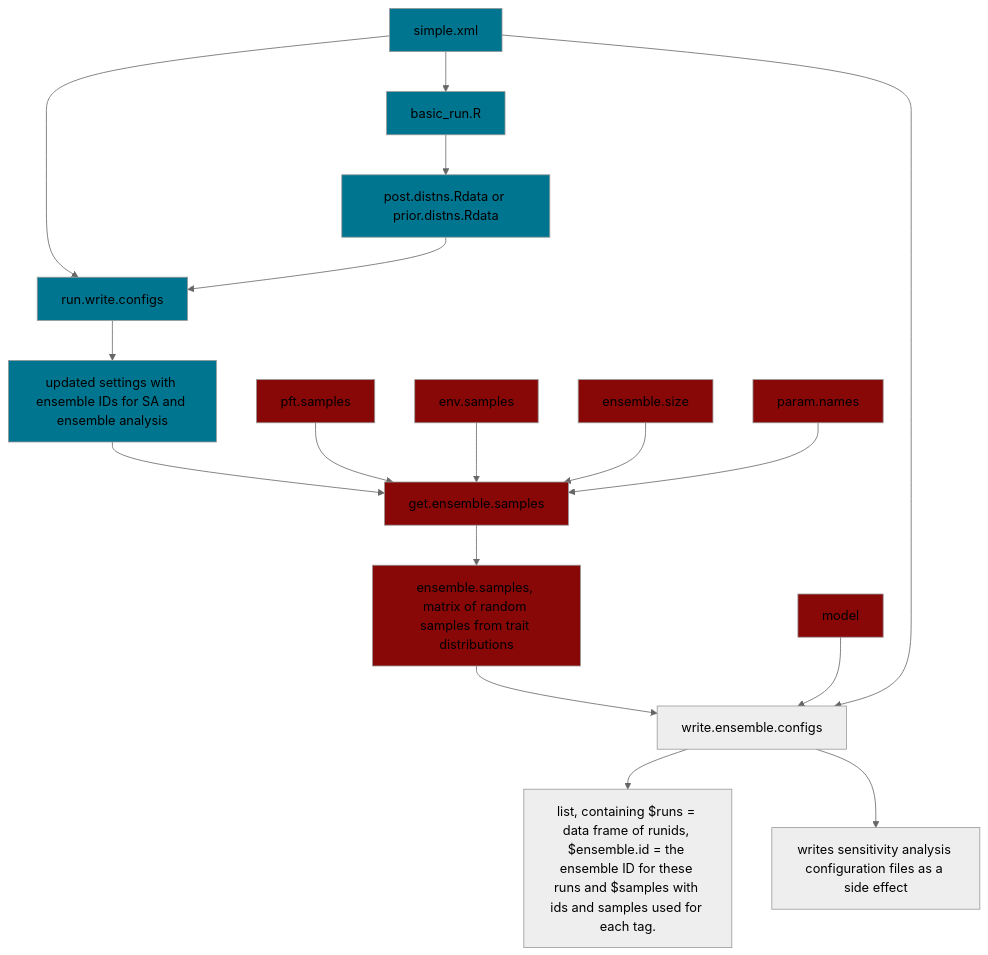
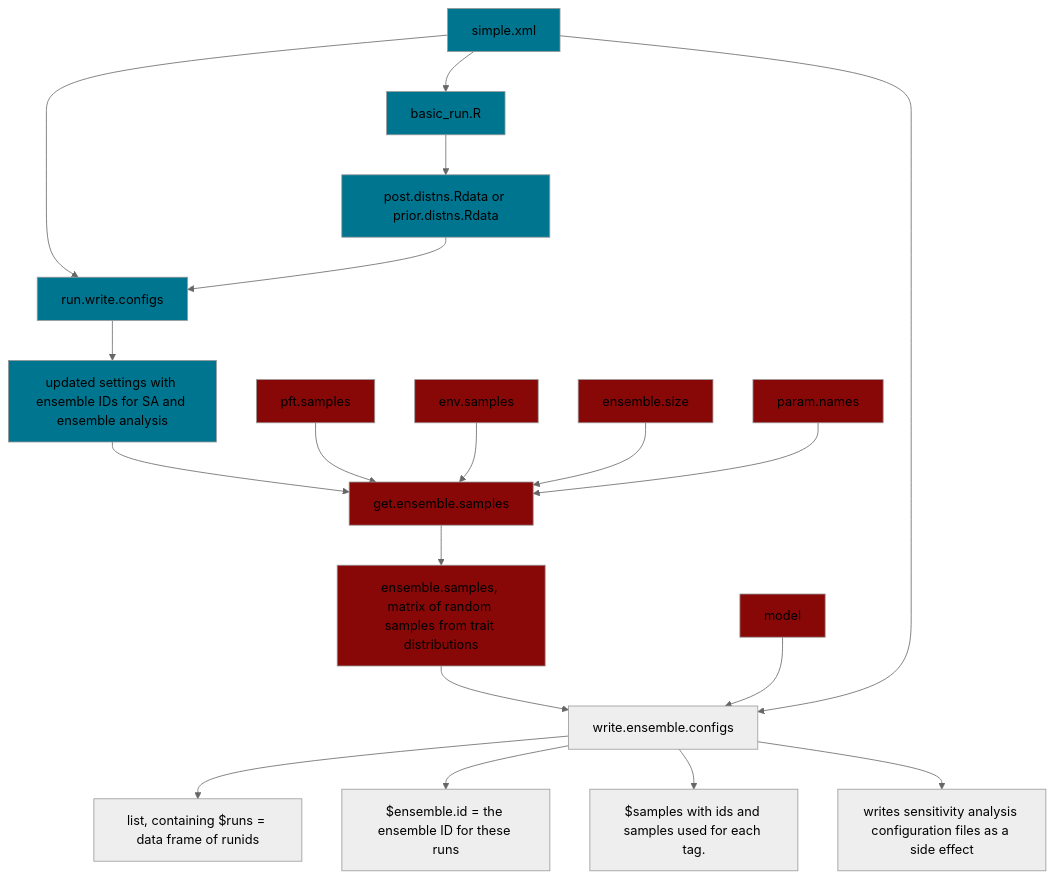
The diagram in README.md (ecamo19/gsoc_project_2022_vm), drawn with Mermaid (neutral theme) before and after one commit.

````diff
--- a/README.md
+++ b/README.md
@@ -49,38 +49,40 @@
 ```mermaid
   graph TD;
       simple.xml-->run.write.configs;
       simple.xml-->basic_run.R;
       basic_run.R-->posterior.files[post.distns.Rdata or prior.distns.Rdata];
       posterior.files[post.distns.Rdata or prior.distns.Rdata]-->run.write.configs;
       run.write.configs-->output_1[updated settings with ensemble IDs for SA and ensemble analysis ];
       output_1[updated settings with ensemble IDs for SA and ensemble analysis]-->get.ensemble.samples;
       input_get_ensemble_1[pft.samples]-->get.ensemble.samples;
       input_get_ensemble_2[env.samples]-->get.ensemble.samples;
       input_get_ensemble_3[ensemble.size]-->get.ensemble.samples;
       input_get_ensemble_4[param.names]-->get.ensemble.samples;
       get.ensemble.samples--> output_get_ensemble[ensemble.samples, matrix of random samples from trait distributions];
       output_get_ensemble[ensemble.samples, matrix of random samples from trait distributions]-->write.ensemble.configs;
       model-->write.ensemble.configs;
       simple.xml-->write.ensemble.configs;
-      write.ensemble.configs-->output_write_ensemble[list, containing $runs = data frame of runids, $ensemble.id = the ensemble ID for these runs and $samples with ids and samples used for each tag.];
-      write.ensemble.configs-->output_write_ensemble_sa[writes sensitivity analysis configuration files as a side effect];
+      write.ensemble.configs-->output_write_ensemble_1[list, containing $runs = data frame of runids];
+      write.ensemble.configs-->output_write_ensemble_2[$ensemble.id = the ensemble ID for these runs];
+      write.ensemble.configs-->output_write_ensemble_3[$samples with ids and samples used for each tag.];
+      write.ensemble.configs-->output_write_ensemble_4[writes sensitivity analysis configuration files as a side effect];
       
       
      
       style basic_run.R fill:#00758f
       style output_1 fill:#00758f
       style run.write.configs fill:#00758f
       style simple.xml fill:#00758f
       style posterior.files fill:#00758f
       
       
   
       style input_get_ensemble_1 fill:#880808
       style input_get_ensemble_2 fill:#880808
       style input_get_ensemble_3 fill:#880808
       style input_get_ensemble_4 fill:#880808
       style get.ensemble.samples fill:#880808
       style output_get_ensemble  fill:#880808 
       style model fill:#880808 
       
 ```
````
